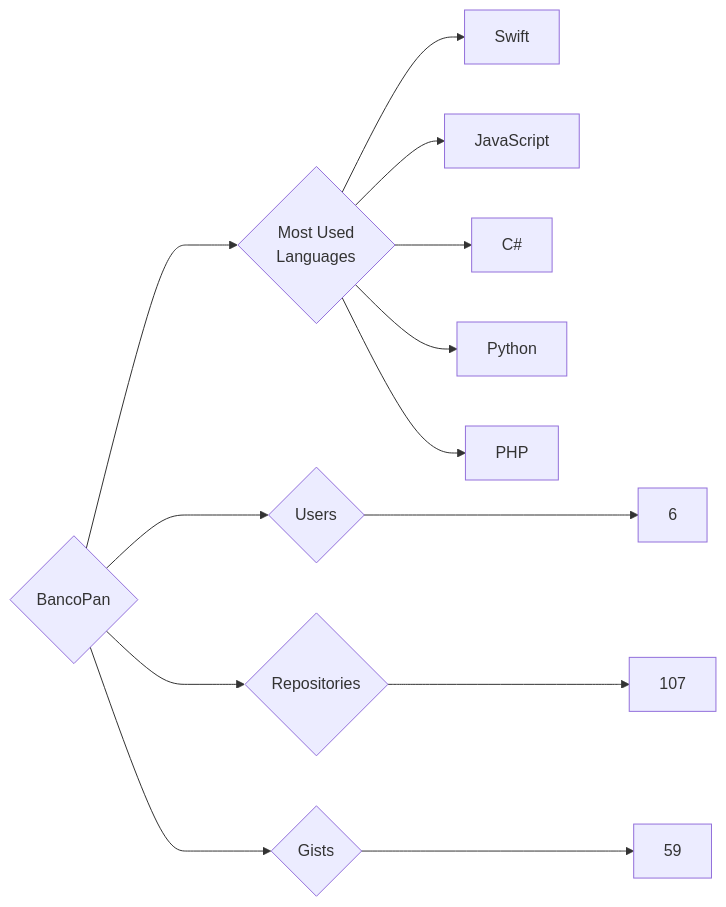
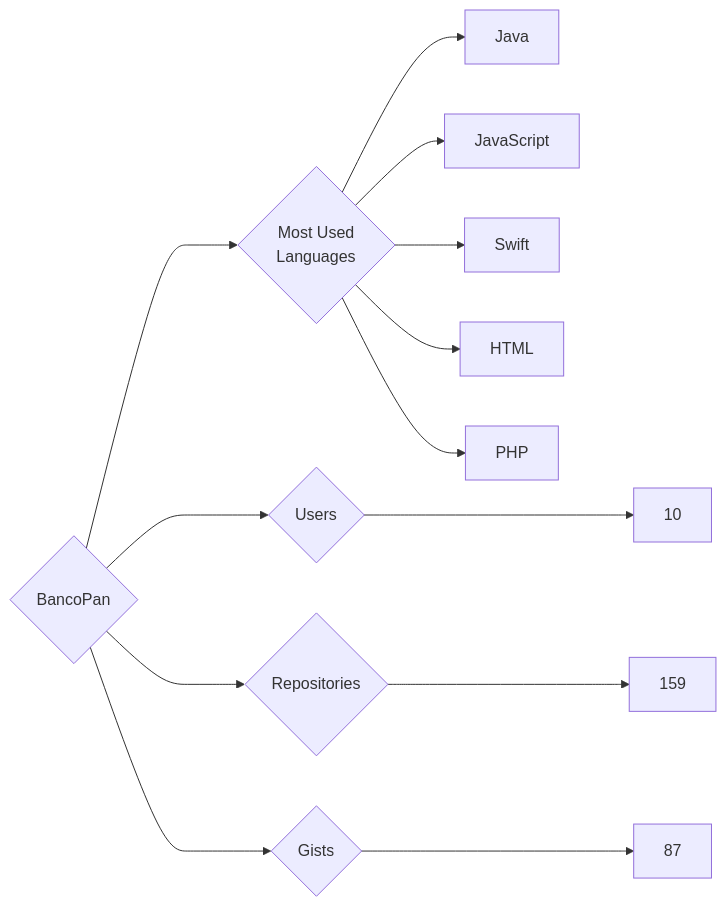
The diagram in targets/BancoPan/README.md (trickest/insiders), drawn with Mermaid before and after one commit. The commit also changed 618 other files, not shown here.

````diff
--- a/targets/BancoPan/README.md
+++ b/targets/BancoPan/README.md
@@ -3,13 +3,13 @@
 ```mermaid
 graph LR
 COMPANY_NAME{BancoPan}
-COMPANY_NAME ---> U{Users} ---> UN[6]
-COMPANY_NAME ---> R{Repositories} ---> RN[107]
-COMPANY_NAME ---> G{Gists} ---> GN[59]
+COMPANY_NAME ---> U{Users} ---> UN[10]
+COMPANY_NAME ---> R{Repositories} ---> RN[159]
+COMPANY_NAME ---> G{Gists} ---> GN[87]
 COMPANY_NAME ---> ML{Most Used<br>Languages}
+ML --> Java[Java]
+ML --> JavaScript[JavaScript]
 ML --> Swift[Swift]
-ML --> JavaScript[JavaScript]
-ML --> C#[C#]
-ML --> Python[Python]
+ML --> HTML[HTML]
 ML --> PHP[PHP]
 ```
````
